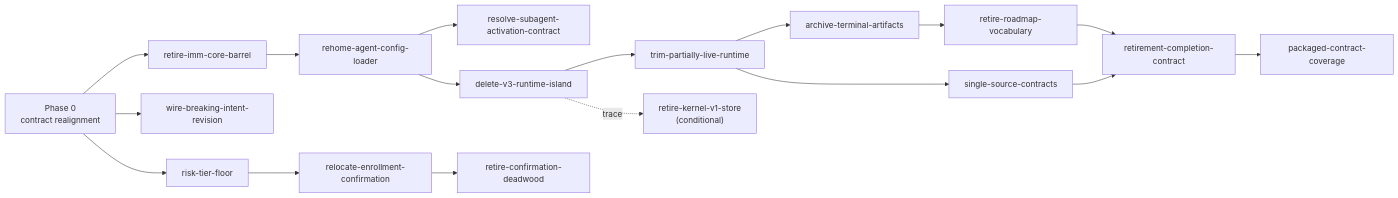
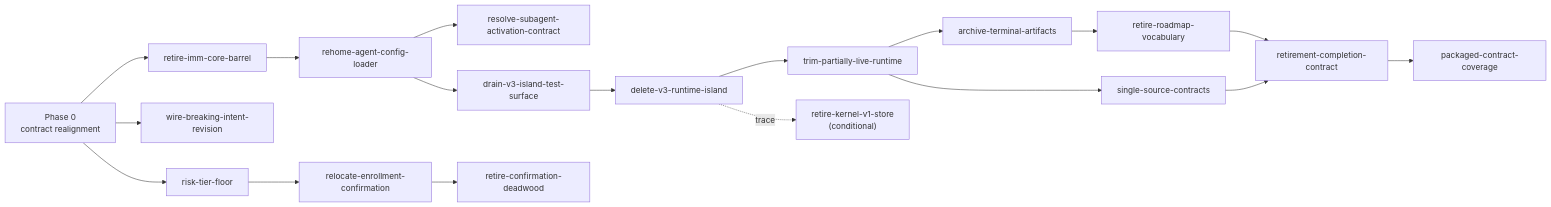
The second of 2 diagrams in docs/specs/v4-deletion-completion-and-contract-realignment-roadmap.spec.md (dereknex/immune-brain), drawn with Mermaid before and after one commit. The commit also changed other lines of this file and 2 other files, not shown here.

Commit message:
docs: split island deletion into drain and delete slices

````diff
--- a/docs/specs/v4-deletion-completion-and-contract-realignment-roadmap.spec.md
+++ b/docs/specs/v4-deletion-completion-and-contract-realignment-roadmap.spec.md
@@ -485,30 +516,31 @@
 ```mermaid
 graph LR
   P0["Phase 0<br/>contract realignment"]
   B["retire-imm-core-barrel"]
   H["rehome-agent-config-loader"]
   SA["resolve-subagent-activation-contract"]
+  DR["drain-v3-island-test-surface"]
   I["delete-v3-runtime-island"]
   T["trim-partially-live-runtime"]
   K["retire-kernel-v1-store<br/>(conditional)"]
   A["archive-terminal-artifacts"]
   S["single-source-contracts"]
   V["retire-roadmap-vocabulary"]
   W["wire-breaking-intent-revision"]
   F["risk-tier-floor"]
   R["relocate-enrollment-confirmation"]
   D["retire-confirmation-deadwood"]
   C["retirement-completion-contract"]
   G["packaged-contract-coverage"]
 
-  P0 --> B --> H --> I --> T
+  P0 --> B --> H --> DR --> I --> T
   H --> SA
   I -.trace.-> K
   T --> A --> V
   T --> S
   P0 --> W
   P0 --> F --> R --> D
   V --> C
   S --> C
   C --> G
 ```
````
